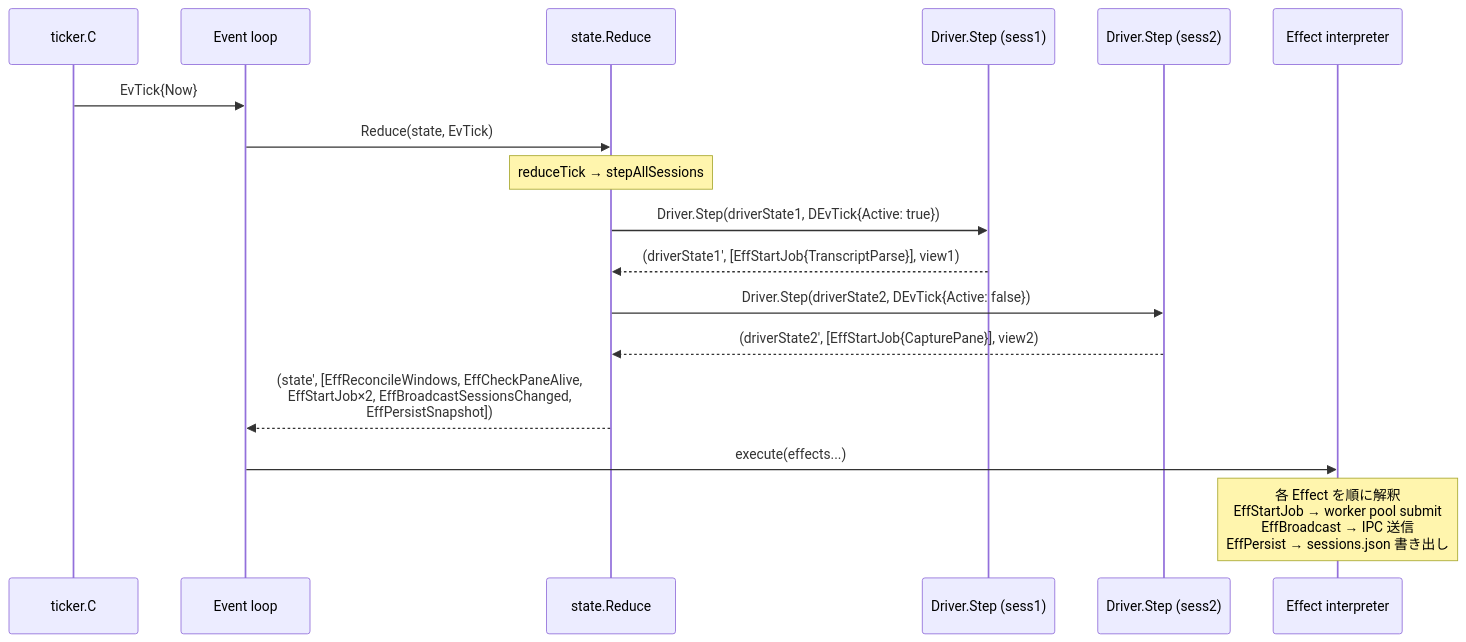
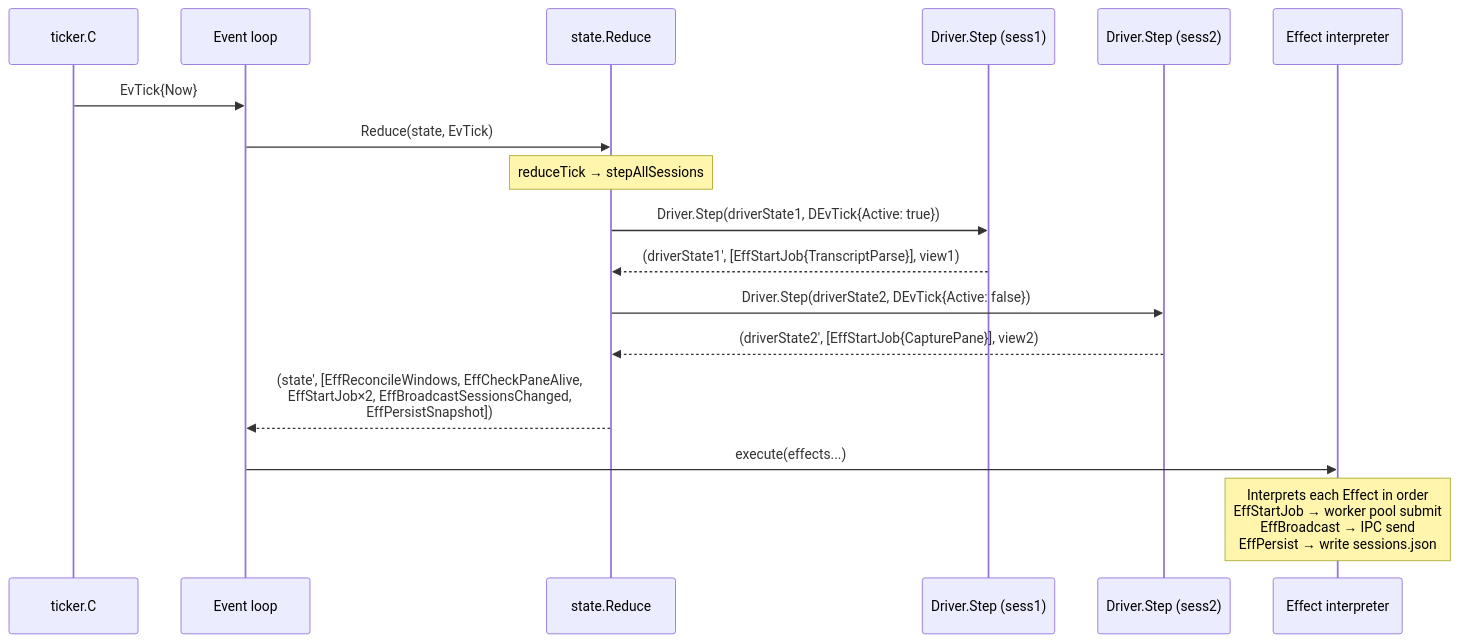
Before and after one commit to takezoh/agent-roost: the fifth of 5 diagrams in docs/ipc.md, drawn with Mermaid. The commit also changed other lines of this file and 7 other files, not shown here.

````diff
--- a/docs/ipc.md
+++ b/docs/ipc.md
@@ -189,20 +187,20 @@
 ```mermaid
 sequenceDiagram
     participant Tk as ticker.C
     participant EL as Event loop
     participant Red as state.Reduce
     participant D1 as Driver.Step (sess1)
     participant D2 as Driver.Step (sess2)
     participant Interp as Effect interpreter
 
     Tk->>EL: EvTick{Now}
     EL->>Red: Reduce(state, EvTick)
     Note over Red: reduceTick → stepAllSessions
     Red->>D1: Driver.Step(driverState1, DEvTick{Active: true})
     D1-->>Red: (driverState1', [EffStartJob{TranscriptParse}], view1)
     Red->>D2: Driver.Step(driverState2, DEvTick{Active: false})
     D2-->>Red: (driverState2', [EffStartJob{CapturePane}], view2)
     Red-->>EL: (state', [EffReconcileWindows, EffCheckPaneAlive,<br/>EffStartJob×2, EffBroadcastSessionsChanged,<br/>EffPersistSnapshot])
     EL->>Interp: execute(effects...)
-    Note over Interp: 各 Effect を順に解釈<br/>EffStartJob → worker pool submit<br/>EffBroadcast → IPC 送信<br/>EffPersist → sessions.json 書き出し
+    Note over Interp: Interprets each Effect in order<br/>EffStartJob → worker pool submit<br/>EffBroadcast → IPC send<br/>EffPersist → write sessions.json
 ```
````
